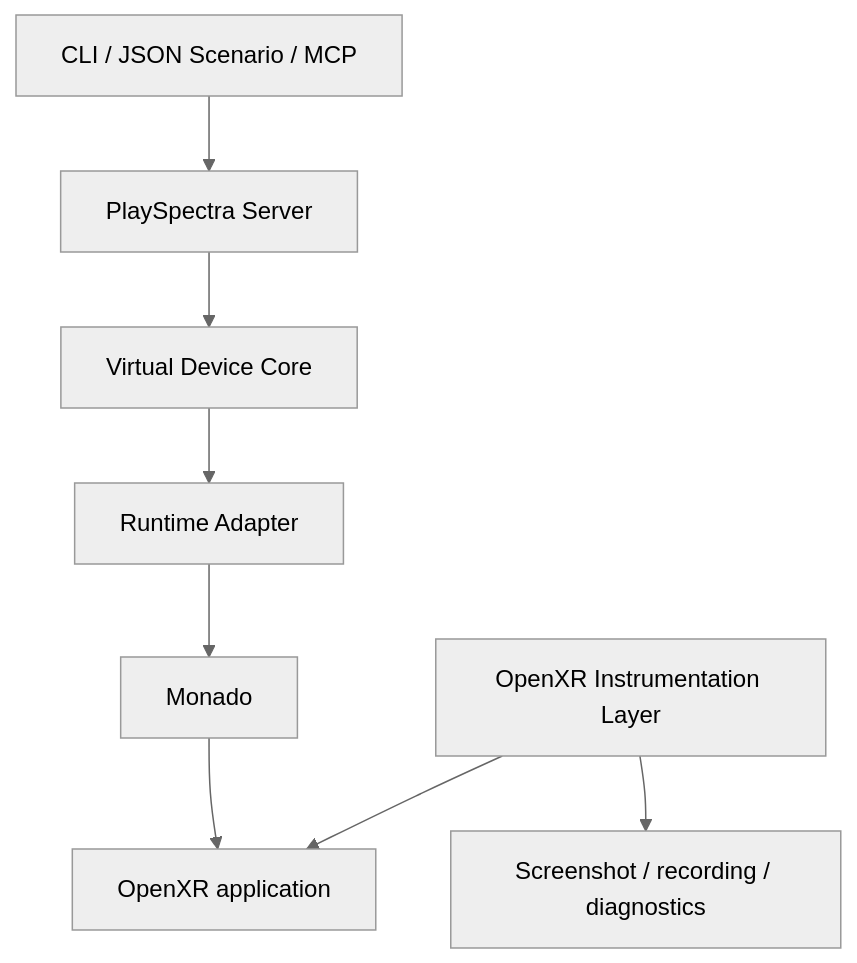
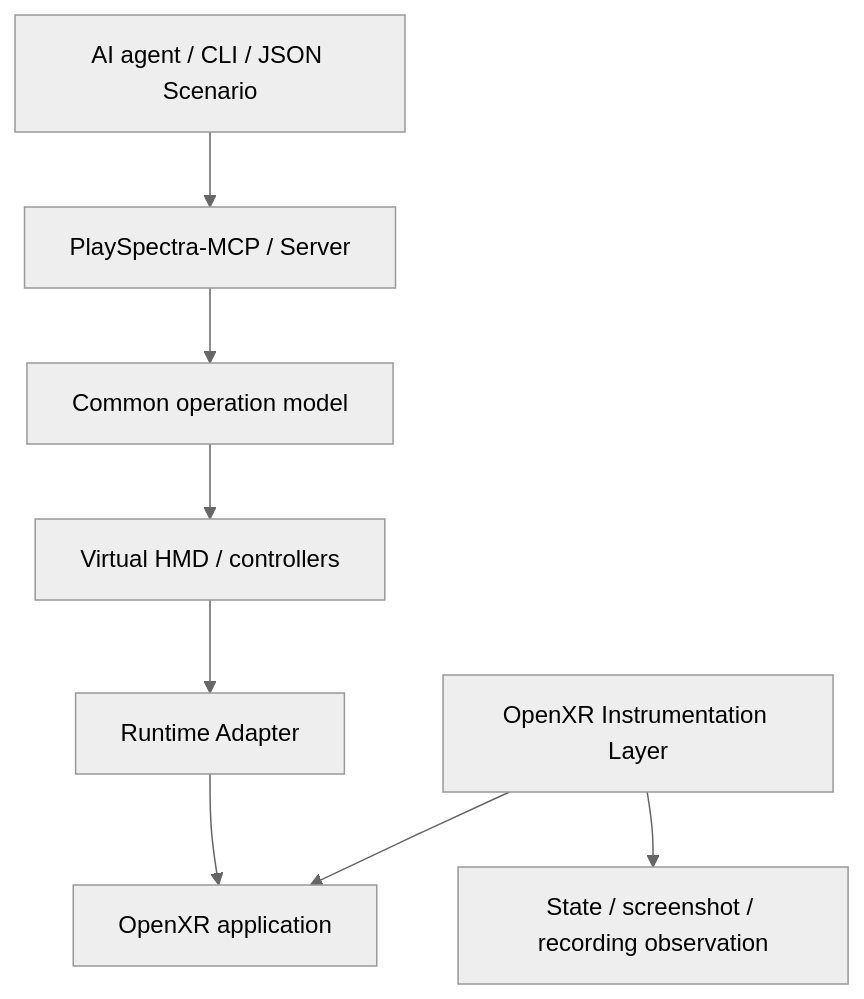
Before and after one commit to YmSaki/PlaySpectra: the diagram in README.md, drawn with Mermaid (neutral theme). The commit also changed other lines of this file and 1 other file, not shown here.

```diff
--- a/README.md
+++ b/README.md
@@ -55,10 +289,10 @@
 ~~~mermaid
 flowchart TD
-  I[CLI / JSON Scenario / MCP] --> S[PlaySpectra Server]
-  S --> C[Virtual Device Core]
-  C --> A[Runtime Adapter]
-  A --> M[Monado]
-  M --> O[OpenXR application]
-  L[OpenXR Instrumentation Layer] --> O
-  L --> V[Screenshot / recording / diagnostics]
+  I[AI agent / CLI / JSON Scenario] --> M[PlaySpectra-MCP / Server]
+  M --> A[Common operation model]
+  A --> V[Virtual HMD / controllers]
+  V --> R[Runtime Adapter]
+  R --> X[OpenXR application]
+  L[OpenXR Instrumentation Layer] --> X
+  L --> O[State / screenshot / recording observation]
 ~~~
```
